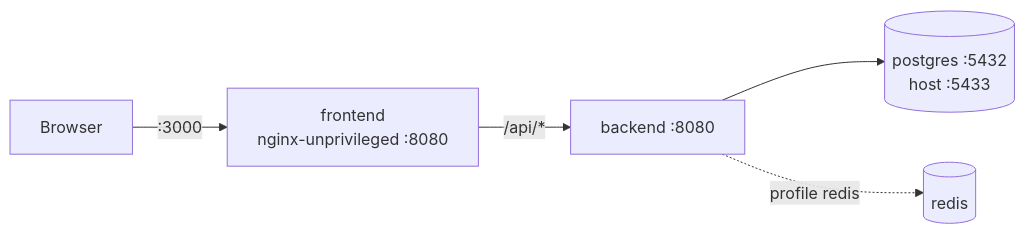
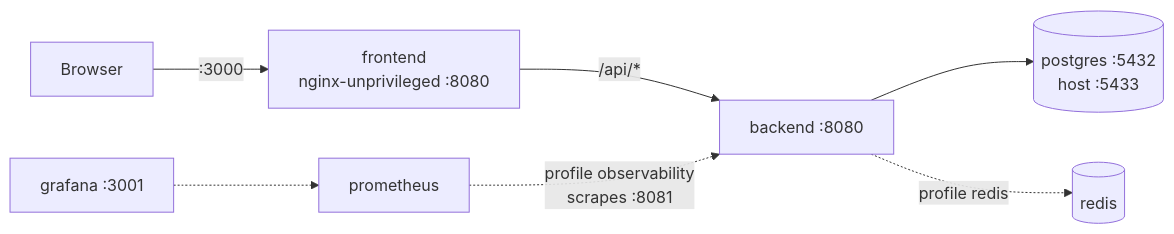
The second of 4 diagrams in docs/architecture.md (ankan123basu/Untangle), drawn with Mermaid before and after one commit. The commit also changed other lines of this file and 12 other files, not shown here.

First line of the commit message:
docs: complete README and fill trade-offs, scalability, flows and ops docs

````diff
--- a/docs/architecture.md
+++ b/docs/architecture.md
@@ -65,7 +74,9 @@
 ```mermaid
 flowchart LR
   B[Browser] -->|:3000| F[frontend<br/>nginx-unprivileged :8080]
   F -->|/api/*| BE[backend :8080]
   BE --> P[(postgres :5432<br/>host :5433)]
   BE -.profile redis.-> R[(redis)]
+  PR[prometheus] -.profile observability<br/>scrapes :8081.-> BE
+  G[grafana :3001] -.-> PR
 ```
````
